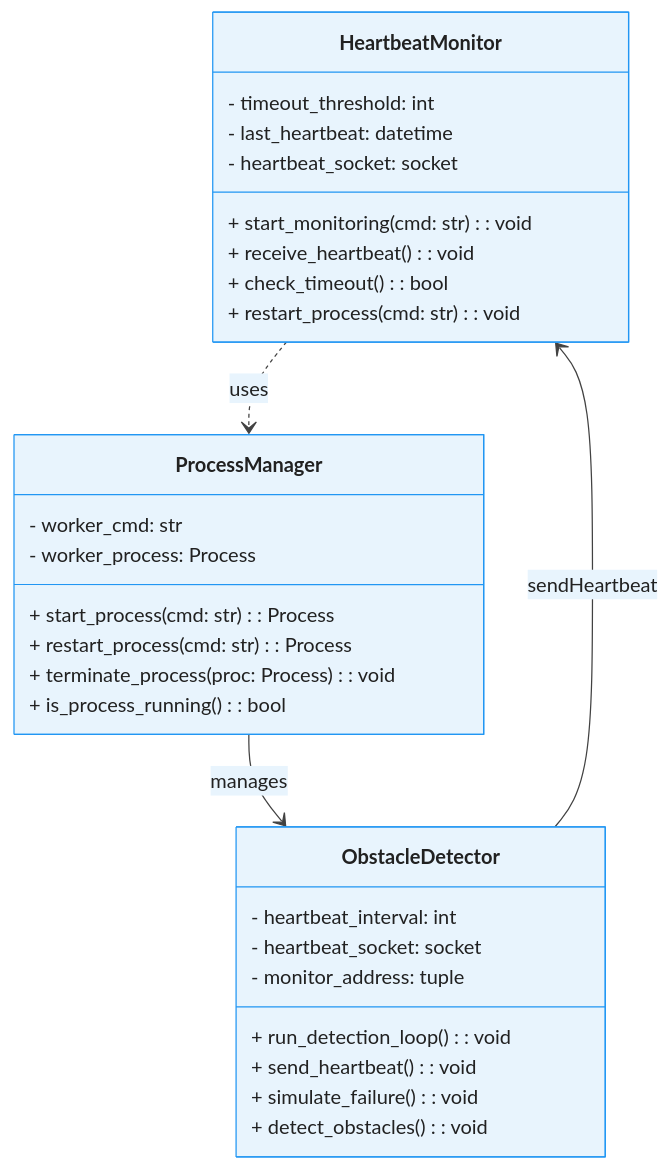
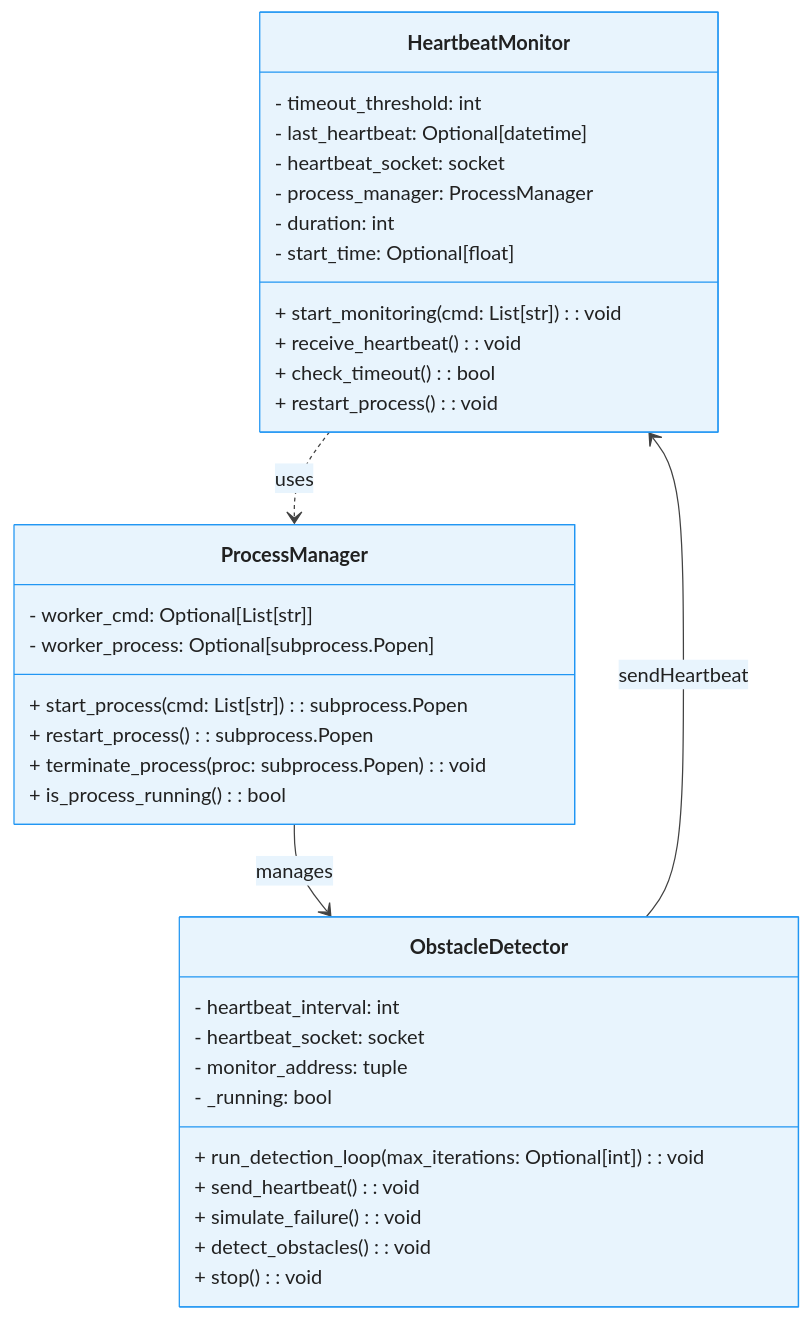
Before and after one commit to ajbarea/heartbeat-obstacle-detector: the first of 2 diagrams in README.md, drawn with Mermaid. The commit also changed other lines of this file and 3 other files, not shown here.

Commit message:
Add CI workflow for testing, coverage, and SonarQube analysis; update README and diagrams for clarity and consistency

````diff
--- a/README.md
+++ b/README.md
@@ -46,64 +48,69 @@
 ```mermaid
 ---
 config:
   theme: 'base'
   themeVariables:
     primaryColor: '#E8F4FD'
     primaryBorderColor: '#2196F3'
     primaryTextColor: '#1565C0'
     secondaryColor: '#F3E5F5'
     secondaryBorderColor: '#9C27B0'
     secondaryTextColor: '#6A1B9A'
     tertiaryColor: '#E8F5E8'
     tertiaryBorderColor: '#4CAF50'
     tertiaryTextColor: '#2E7D32'
     lineColor: '#424242'
     background: '#FAFAFA'
     textColor: '#212121'
     nodeTextColor: '#1565C0'
     edgeLabelBackground: '#FFFFFF'
     clusterBkg: '#F5F5F5'
     clusterBorder: '#BDBDBD'
     fillType0: '#E3F2FD'
     fillType1: '#F3E5F5'
     fillType2: '#E8F5E8'
     fillType3: '#FFF3E0'
     fillType4: '#FCE4EC'
     fillType5: '#F1F8E9'
     fillType6: '#E0F2F1'
     fillType7: '#FFF8E1'
 ---
 classDiagram
     class HeartbeatMonitor {
         - timeout_threshold: int
-        - last_heartbeat: datetime
+        - last_heartbeat: Optional[datetime]
         - heartbeat_socket: socket
-        + start_monitoring(cmd: str): void
+        - process_manager: ProcessManager
+        - duration: int
+        - start_time: Optional[float]
+        + start_monitoring(cmd: List[str]): void
         + receive_heartbeat(): void
         + check_timeout(): bool
-        + restart_process(cmd: str): void
+        + restart_process(): void
     }
 
     class ProcessManager {
-        - worker_cmd: str
-        - worker_process: Process
-        + start_process(cmd: str): Process
-        + restart_process(cmd: str): Process
-        + terminate_process(proc: Process): void
+        - worker_cmd: Optional[List[str]]
+        - worker_process: Optional[subprocess.Popen]
+        + start_process(cmd: List[str]): subprocess.Popen
+        + restart_process(): subprocess.Popen
+        + terminate_process(proc: subprocess.Popen): void
         + is_process_running(): bool
     }
 
     class ObstacleDetector {
         - heartbeat_interval: int
         - heartbeat_socket: socket
         - monitor_address: tuple
-        + run_detection_loop(): void
+        - _running: bool
+        + run_detection_loop(max_iterations: Optional[int]): void
         + send_heartbeat(): void
         + simulate_failure(): void
         + detect_obstacles(): void
+        + stop(): void
     }
 
     HeartbeatMonitor ..> ProcessManager : uses
     ProcessManager --> ObstacleDetector : manages
     ObstacleDetector --> HeartbeatMonitor : sendHeartbeat
 ```
````
